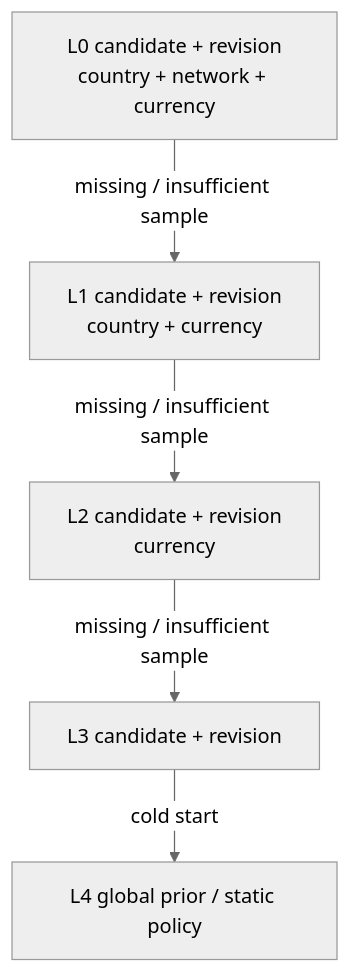
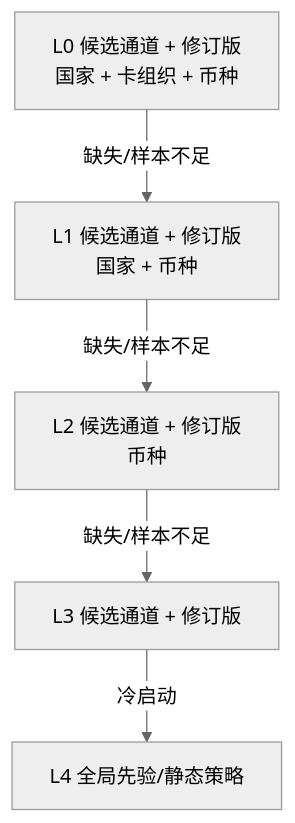
The third of 4 diagrams in part-2-routing-engine/success-rate-routing.md (YouEclipse/Designing-Modern-Payment-Systems), drawn with Mermaid (neutral theme) before and after one commit. The commit also changed other lines of this file and 59 other files, not shown here.

````diff
--- a/part-2-routing-engine/success-rate-routing.md
+++ b/part-2-routing-engine/success-rate-routing.md
@@ -162,12 +162,12 @@
 ```mermaid
 flowchart TB
-    L0["L0 candidate + revision<br/>country + network + currency"]
-    L1["L1 candidate + revision<br/>country + currency"]
-    L2["L2 candidate + revision<br/>currency"]
-    L3["L3 candidate + revision"]
-    L4["L4 global prior / static policy"]
-    L0 -->|"missing / insufficient sample"| L1
-    L1 -->|"missing / insufficient sample"| L2
-    L2 -->|"missing / insufficient sample"| L3
-    L3 -->|"cold start"| L4
+    L0["L0 候选通道 + 修订版<br/>国家 + 卡组织 + 币种"]
+    L1["L1 候选通道 + 修订版<br/>国家 + 币种"]
+    L2["L2 候选通道 + 修订版<br/>币种"]
+    L3["L3 候选通道 + 修订版"]
+    L4["L4 全局先验/静态策略"]
+    L0 -->|"缺失/样本不足"| L1
+    L1 -->|"缺失/样本不足"| L2
+    L2 -->|"缺失/样本不足"| L3
+    L3 -->|"冷启动"| L4
 ```
````
